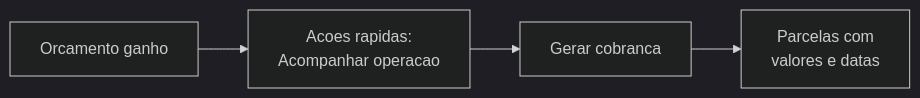
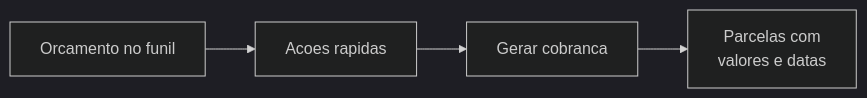
One commit to LocFlowTeam/locflow-docs changed the diagram in cobranca/emitindo-a-cobranca.md. Above: the diagram before and after it, drawn with Mermaid (dark theme). The commit also changed other lines of this file and 3 other files, not shown here.

````diff
--- a/cobranca/emitindo-a-cobranca.md
+++ b/cobranca/emitindo-a-cobranca.md
@@ -28,6 +30,6 @@
 ```mermaid
 flowchart LR
-    G[Orcamento ganho] --> AC[Acoes rapidas:<br/>Acompanhar operacao]
+    G[Orcamento no funil] --> AC[Acoes rapidas]
     AC --> GC[Gerar cobranca]
     GC --> P[Parcelas com<br/>valores e datas]
 ```
````
